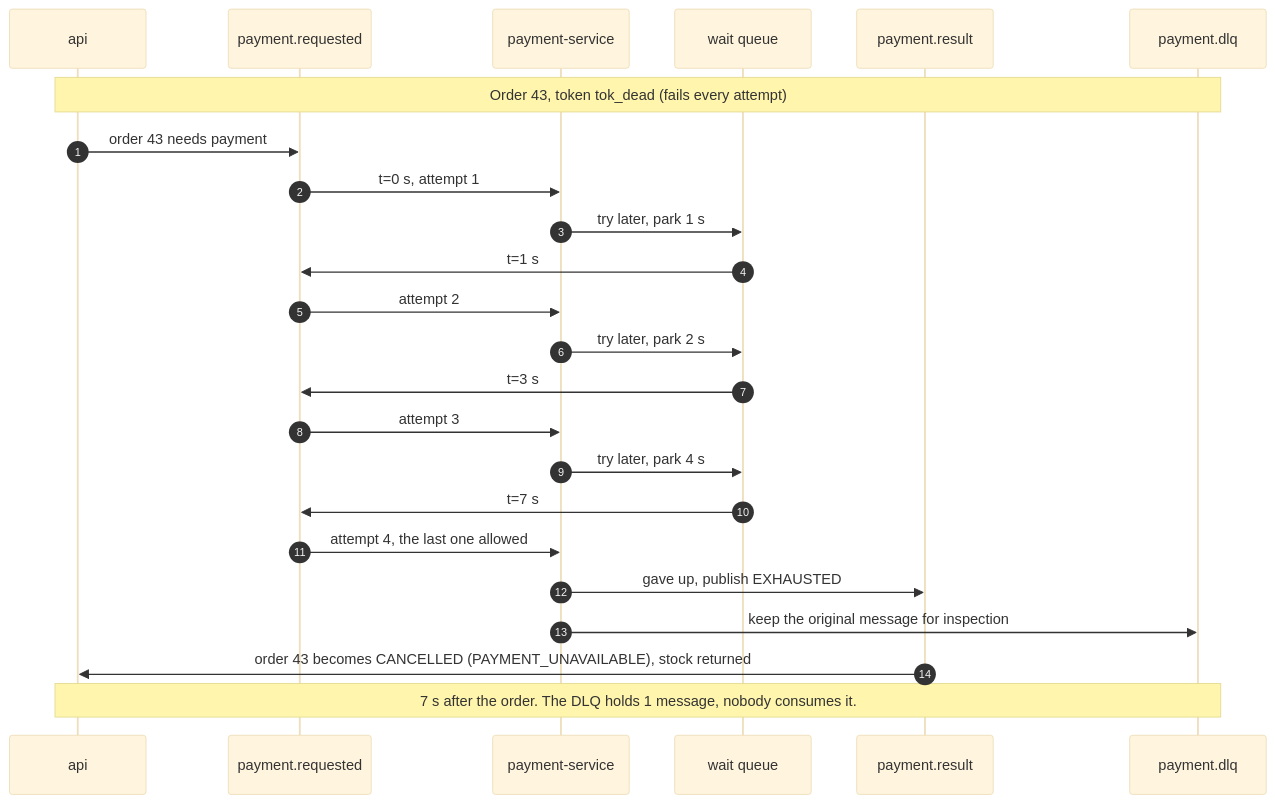
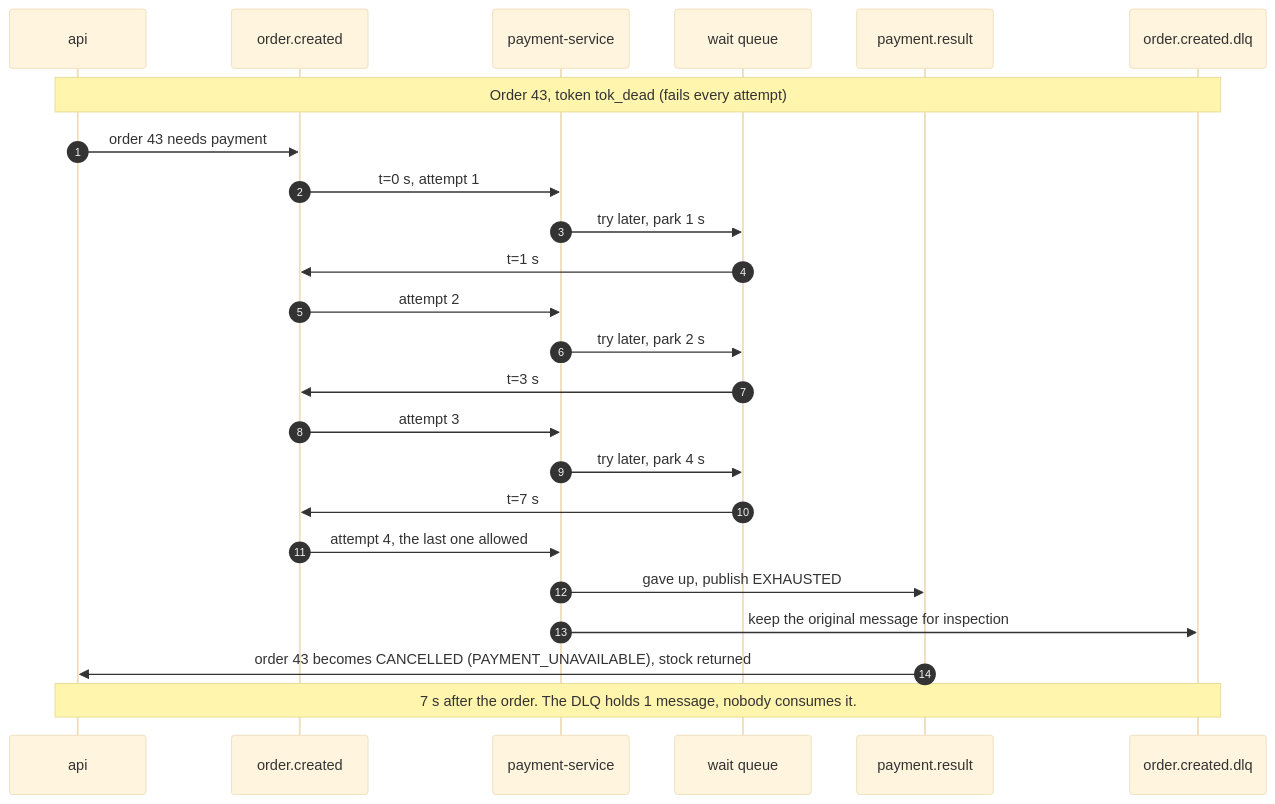
The fourth of 4 diagrams in docs/adr/0001-payment-retry-and-dlq-policy.md (Serg-Ale/stockrush), drawn with Mermaid (base theme) before and after one commit. The commit also changed other lines of this file and 2 other files, not shown here.

````diff
--- a/docs/adr/0001-payment-retry-and-dlq-policy.md
+++ b/docs/adr/0001-payment-retry-and-dlq-policy.md
@@ -192,27 +192,27 @@
 ```mermaid
 sequenceDiagram
     autonumber
     participant API as api
-    participant Q as payment.requested
+    participant Q as order.created
     participant P as payment-service
     participant W as wait queue
     participant R as payment.result
-    participant D as payment.dlq
+    participant D as order.created.dlq
 
     Note over API,D: Order 43, token tok_dead (fails every attempt)
     API->>Q: order 43 needs payment
     Q->>P: t=0 s, attempt 1
     P->>W: try later, park 1 s
     W->>Q: t=1 s
     Q->>P: attempt 2
     P->>W: try later, park 2 s
     W->>Q: t=3 s
     Q->>P: attempt 3
     P->>W: try later, park 4 s
     W->>Q: t=7 s
     Q->>P: attempt 4, the last one allowed
     P->>R: gave up, publish EXHAUSTED
     P->>D: keep the original message for inspection
     R->>API: order 43 becomes CANCELLED (PAYMENT_UNAVAILABLE), stock returned
     Note over API,D: 7 s after the order. The DLQ holds 1 message, nobody consumes it.
 ```
````
